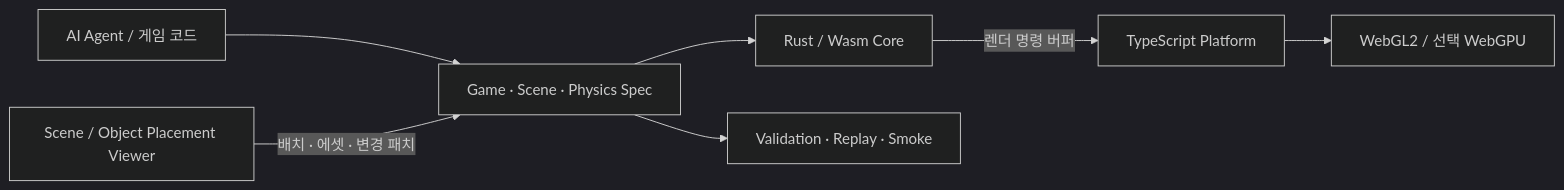
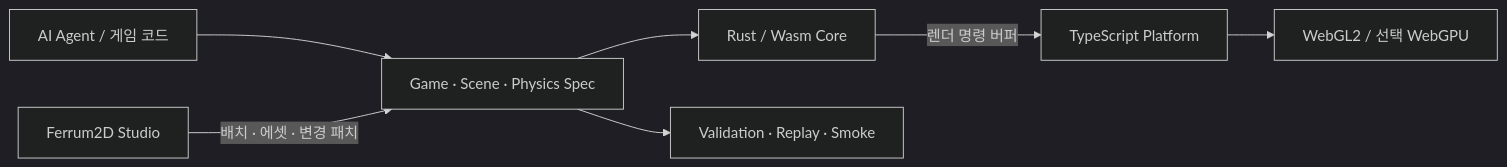
One commit to silbaram/ferrum2d changed the diagram in README.md. Above: the diagram before and after it, drawn with Mermaid (dark theme). The commit also changed other lines of this file and 28 other files, not shown here.

````diff
--- a/README.md
+++ b/README.md
@@ -177,9 +177,9 @@
 ```mermaid
 flowchart LR
     Agent["AI Agent / 게임 코드"] --> Spec["Game · Scene · Physics Spec"]
-    Viewer["Scene / Object Placement Viewer"] -->|"배치 · 에셋 · 변경 패치"| Spec
+    Viewer["Ferrum2D Studio"] -->|"배치 · 에셋 · 변경 패치"| Spec
     Spec --> Core["Rust / Wasm Core"]
     Core -->|"렌더 명령 버퍼"| Platform["TypeScript Platform"]
     Platform --> GPU["WebGL2 / 선택 WebGPU"]
     Spec --> Checks["Validation · Replay · Smoke"]
 ```
````
